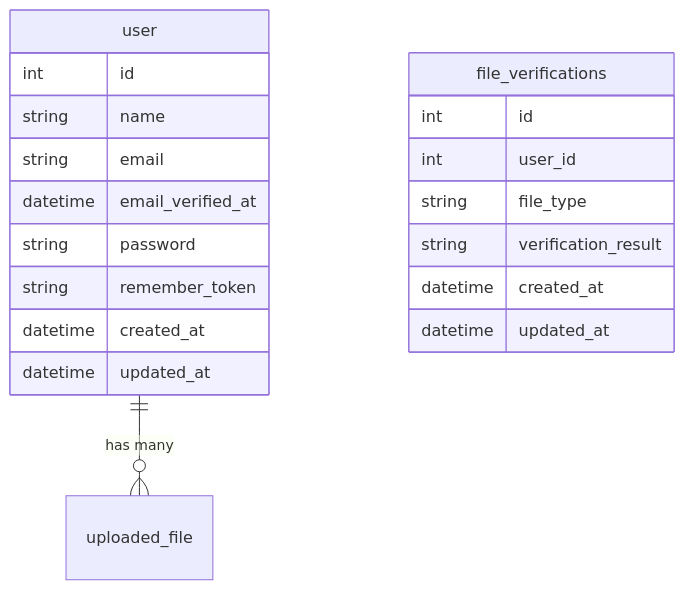
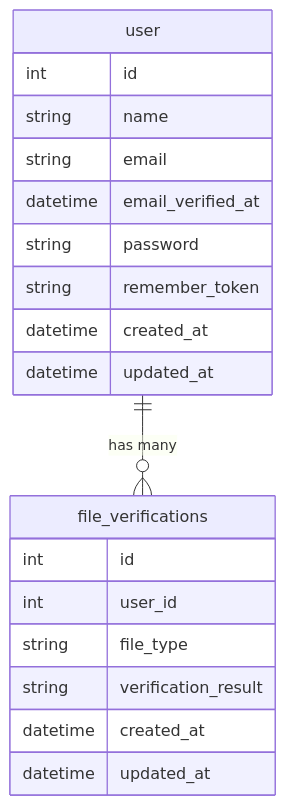
Before and after one commit to pohchai21/accredify: the first of 2 diagrams in README.md, drawn with Mermaid.

````diff
--- a/README.md
+++ b/README.md
@@ -43,22 +43,22 @@
 ``` mermaid
 erDiagram
     user {
         int id
         string name
         string email
         datetime email_verified_at
         string password
         string remember_token
         datetime created_at
         datetime updated_at
     }
     file_verifications {
         int id
         int user_id
         string file_type
         string verification_result
         datetime created_at
         datetime updated_at
     }
-    user || --o{uploaded_file: "has many"
+    user || --o{file_verifications: "has many"
 ```
````
